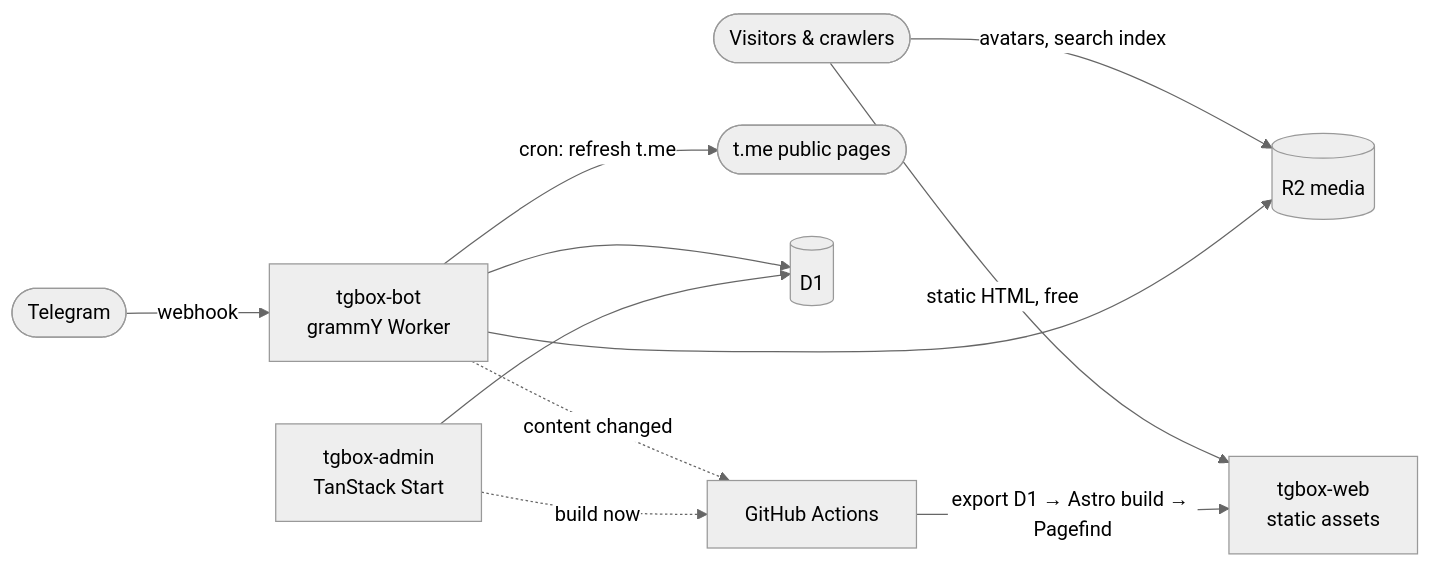
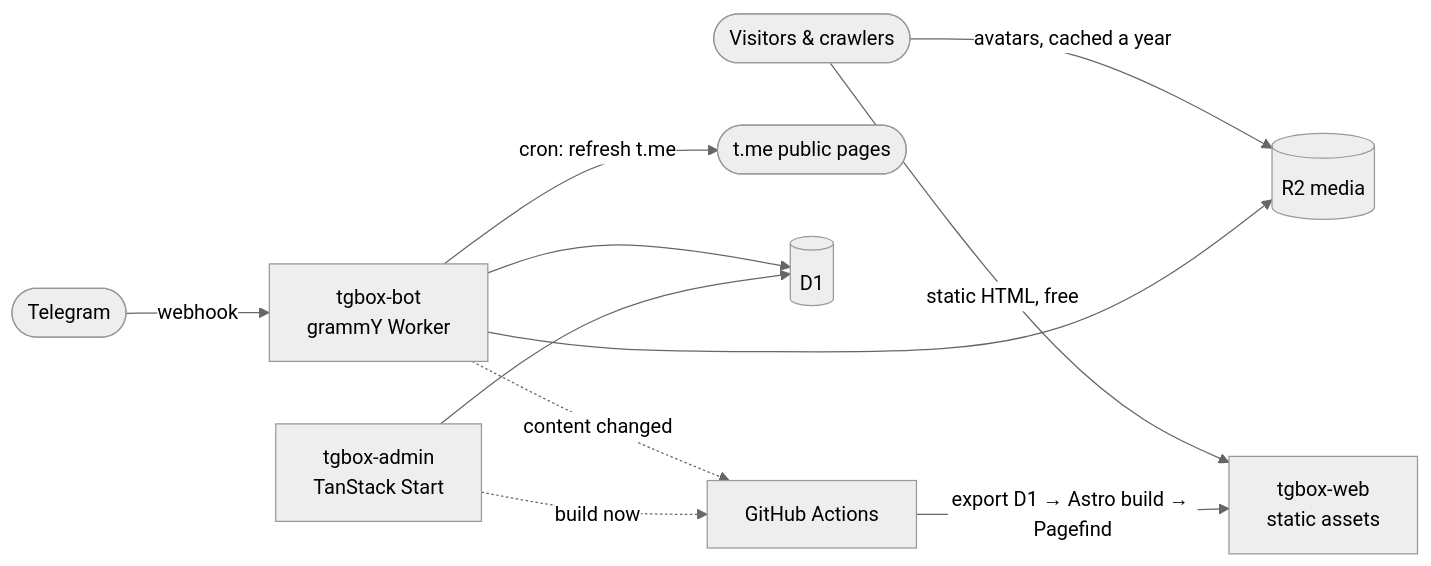
Before and after one commit to TGrpg/tgbox: the diagram in README.md, drawn with Mermaid (neutral theme). The commit also changed other lines of this file and 57 other files, not shown here.

First line of the commit message:
Add guides, cache avatars for a year and keep thin listings out of the index

````diff
--- a/README.md
+++ b/README.md
@@ -68,13 +68,13 @@
 ```mermaid
 flowchart LR
   U([Visitors & crawlers]) -->|static HTML, free| WEB[tgbox-web<br/>static assets]
-  U -->|avatars, search index| R2[(R2 media)]
+  U -->|avatars, cached a year| R2[(R2 media)]
   TG([Telegram]) -->|webhook| BOT[tgbox-bot<br/>grammY Worker]
   BOT -->|cron: refresh t.me| TME([t.me public pages])
   BOT --> D1[(D1)]
   BOT --> R2
   ADM[tgbox-admin<br/>TanStack Start] --> D1
   BOT -. content changed .-> GHA[GitHub Actions]
   ADM -. build now .-> GHA
   GHA -->|export D1 → Astro build → Pagefind| WEB
 ```
````
